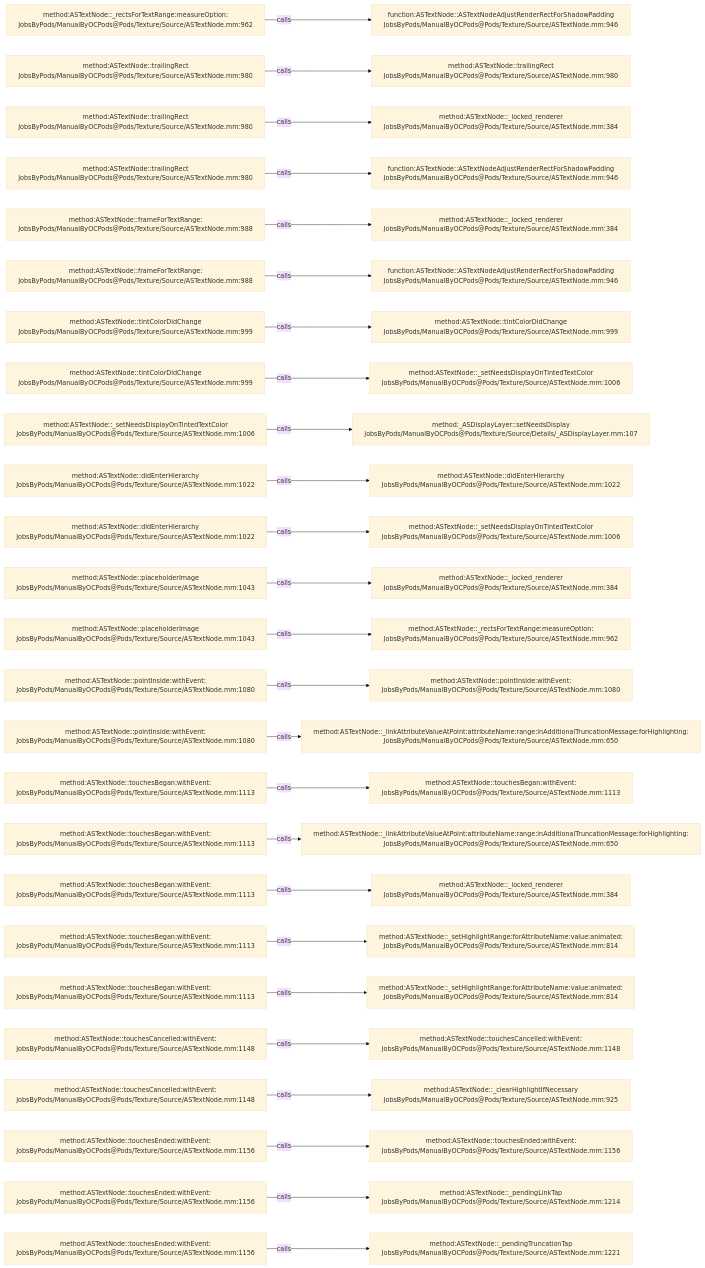
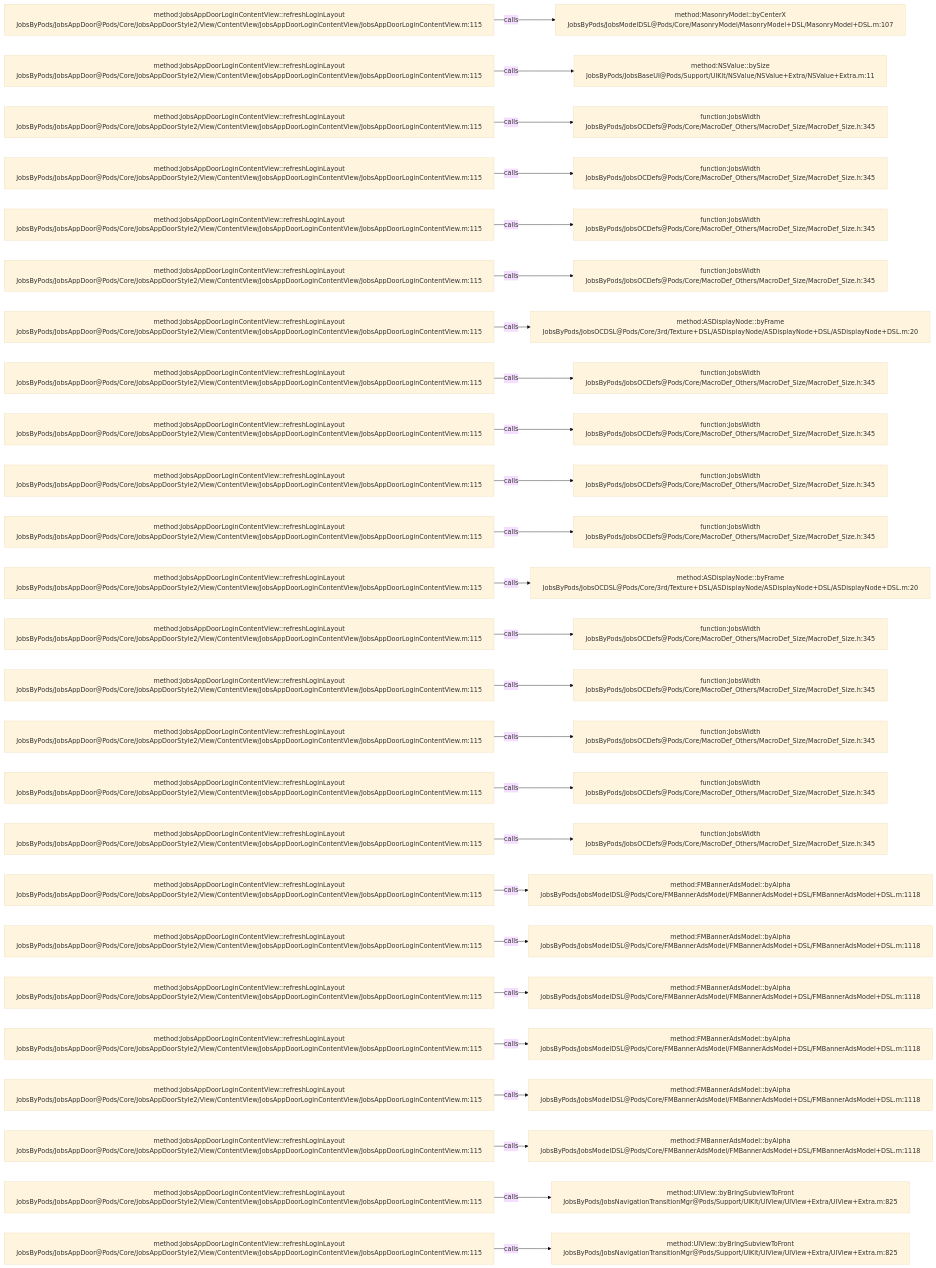
The diagram in .codegraph/codegraph.md/graphs/calls-121.md (JobsKits/JobsOCBaseConfigDemo), drawn with Mermaid (base theme) before and after one commit. The commit also changed 768 other files, not shown here.

````diff
--- a/.codegraph/codegraph.md/graphs/calls-121.md
+++ b/.codegraph/codegraph.md/graphs/calls-121.md
@@ -13,78 +13,78 @@
 ```mermaid
 flowchart LR
-  S1["method:ASTextNode::_rectsForTextRange:measureOption:<br/>JobsByPods/ManualByOCPods@Pods/Texture/Source/ASTextNode.mm:962"]
-  T1["function:ASTextNode::ASTextNodeAdjustRenderRectForShadowPadding<br/>JobsByPods/ManualByOCPods@Pods/Texture/Source/ASTextNode.mm:946"]
+  S1["method:JobsAppDoorLoginContentView::refreshLoginLayout<br/>JobsByPods/JobsAppDoor@Pods/Core/JobsAppDoorStyle2/View/ContentView/JobsAppDoorLoginContentView/JobsAppDoorLoginContentView.m:115"]
+  T1["method:MasonryModel::byCenterX<br/>JobsByPods/JobsModelDSL@Pods/Core/MasonryModel/MasonryModel+DSL/MasonryModel+DSL.m:107"]
   S1 -->|calls| T1
-  S2["method:ASTextNode::trailingRect<br/>JobsByPods/ManualByOCPods@Pods/Texture/Source/ASTextNode.mm:980"]
-  T2["method:ASTextNode::trailingRect<br/>JobsByPods/ManualByOCPods@Pods/Texture/Source/ASTextNode.mm:980"]
+  S2["method:JobsAppDoorLoginContentView::refreshLoginLayout<br/>JobsByPods/JobsAppDoor@Pods/Core/JobsAppDoorStyle2/View/ContentView/JobsAppDoorLoginContentView/JobsAppDoorLoginContentView.m:115"]
+  T2["method:NSValue::bySize<br/>JobsByPods/JobsBaseUI@Pods/Support/UIKit/NSValue/NSValue+Extra/NSValue+Extra.m:11"]
   S2 -->|calls| T2
-  S3["method:ASTextNode::trailingRect<br/>JobsByPods/ManualByOCPods@Pods/Texture/Source/ASTextNode.mm:980"]
-  T3["method:ASTextNode::_locked_renderer<br/>JobsByPods/ManualByOCPods@Pods/Texture/Source/ASTextNode.mm:384"]
+  S3["method:JobsAppDoorLoginContentView::refreshLoginLayout<br/>JobsByPods/JobsAppDoor@Pods/Core/JobsAppDoorStyle2/View/ContentView/JobsAppDoorLoginContentView/JobsAppDoorLoginContentView.m:115"]
+  T3["function:JobsWidth<br/>JobsByPods/JobsOCDefs@Pods/Core/MacroDef_Others/MacroDef_Size/MacroDef_Size.h:345"]
   S3 -->|calls| T3
-  S4["method:ASTextNode::trailingRect<br/>JobsByPods/ManualByOCPods@Pods/Texture/Source/ASTextNode.mm:980"]
-  T4["function:ASTextNode::ASTextNodeAdjustRenderRectForShadowPadding<br/>JobsByPods/ManualByOCPods@Pods/Texture/Source/ASTextNode.mm:946"]
+  S4["method:JobsAppDoorLoginContentView::refreshLoginLayout<br/>JobsByPods/JobsAppDoor@Pods/Core/JobsAppDoorStyle2/View/ContentView/JobsAppDoorLoginContentView/JobsAppDoorLoginContentView.m:115"]
+  T4["function:JobsWidth<br/>JobsByPods/JobsOCDefs@Pods/Core/MacroDef_Others/MacroDef_Size/MacroDef_Size.h:345"]
   S4 -->|calls| T4
-  S5["method:ASTextNode::frameForTextRange:<br/>JobsByPods/ManualByOCPods@Pods/Texture/Source/ASTextNode.mm:988"]
-  T5["method:ASTextNode::_locked_renderer<br/>JobsByPods/ManualByOCPods@Pods/Texture/Source/ASTextNode.mm:384"]
+  S5["method:JobsAppDoorLoginContentView::refreshLoginLayout<br/>JobsByPods/JobsAppDoor@Pods/Core/JobsAppDoorStyle2/View/ContentView/JobsAppDoorLoginContentView/JobsAppDoorLoginContentView.m:115"]
+  T5["function:JobsWidth<br/>JobsByPods/JobsOCDefs@Pods/Core/MacroDef_Others/MacroDef_Size/MacroDef_Size.h:345"]
   S5 -->|calls| T5
-  S6["method:ASTextNode::frameForTextRange:<br/>JobsByPods/ManualByOCPods@Pods/Texture/Source/ASTextNode.mm:988"]
-  T6["function:ASTextNode::ASTextNodeAdjustRenderRectForShadowPadding<br/>JobsByPods/ManualByOCPods@Pods/Texture/Source/ASTextNode.mm:946"]
+  S6["method:JobsAppDoorLoginContentView::refreshLoginLayout<br/>JobsByPods/JobsAppDoor@Pods/Core/JobsAppDoorStyle2/View/ContentView/JobsAppDoorLoginContentView/JobsAppDoorLoginContentView.m:115"]
+  T6["function:JobsWidth<br/>JobsByPods/JobsOCDefs@Pods/Core/MacroDef_Others/MacroDef_Size/MacroDef_Size.h:345"]
   S6 -->|calls| T6
-  S7["method:ASTextNode::tintColorDidChange<br/>JobsByPods/ManualByOCPods@Pods/Texture/Source/ASTextNode.mm:999"]
-  T7["method:ASTextNode::tintColorDidChange<br/>JobsByPods/ManualByOCPods@Pods/Texture/Source/ASTextNode.mm:999"]
+  S7["method:JobsAppDoorLoginContentView::refreshLoginLayout<br/>JobsByPods/JobsAppDoor@Pods/Core/JobsAppDoorStyle2/View/ContentView/JobsAppDoorLoginContentView/JobsAppDoorLoginContentView.m:115"]
+  T7["method:ASDisplayNode::byFrame<br/>JobsByPods/JobsOCDSL@Pods/Core/3rd/Texture+DSL/ASDisplayNode/ASDisplayNode+DSL/ASDisplayNode+DSL.m:20"]
   S7 -->|calls| T7
-  S8["method:ASTextNode::tintColorDidChange<br/>JobsByPods/ManualByOCPods@Pods/Texture/Source/ASTextNode.mm:999"]
-  T8["method:ASTextNode::_setNeedsDisplayOnTintedTextColor<br/>JobsByPods/ManualByOCPods@Pods/Texture/Source/ASTextNode.mm:1006"]
+  S8["method:JobsAppDoorLoginContentView::refreshLoginLayout<br/>JobsByPods/JobsAppDoor@Pods/Core/JobsAppDoorStyle2/View/ContentView/JobsAppDoorLoginContentView/JobsAppDoorLoginContentView.m:115"]
+  T8["function:JobsWidth<br/>JobsByPods/JobsOCDefs@Pods/Core/MacroDef_Others/MacroDef_Size/MacroDef_Size.h:345"]
   S8 -->|calls| T8
-  S9["method:ASTextNode::_setNeedsDisplayOnTintedTextColor<br/>JobsByPods/ManualByOCPods@Pods/Texture/Source/ASTextNode.mm:1006"]
-  T9["method:_ASDisplayLayer::setNeedsDisplay<br/>JobsByPods/ManualByOCPods@Pods/Texture/Source/Details/_ASDisplayLayer.mm:107"]
+  S9["method:JobsAppDoorLoginContentView::refreshLoginLayout<br/>JobsByPods/JobsAppDoor@Pods/Core/JobsAppDoorStyle2/View/ContentView/JobsAppDoorLoginContentView/JobsAppDoorLoginContentView.m:115"]
+  T9["function:JobsWidth<br/>JobsByPods/JobsOCDefs@Pods/Core/MacroDef_Others/MacroDef_Size/MacroDef_Size.h:345"]
   S9 -->|calls| T9
-  S10["method:ASTextNode::didEnterHierarchy<br/>JobsByPods/ManualByOCPods@Pods/Texture/Source/ASTextNode.mm:1022"]
-  T10["method:ASTextNode::didEnterHierarchy<br/>JobsByPods/ManualByOCPods@Pods/Texture/Source/ASTextNode.mm:1022"]
+  S10["method:JobsAppDoorLoginContentView::refreshLoginLayout<br/>JobsByPods/JobsAppDoor@Pods/Core/JobsAppDoorStyle2/View/ContentView/JobsAppDoorLoginContentView/JobsAppDoorLoginContentView.m:115"]
+  T10["function:JobsWidth<br/>JobsByPods/JobsOCDefs@Pods/Core/MacroDef_Others/MacroDef_Size/MacroDef_Size.h:345"]
   S10 -->|calls| T10
-  S11["method:ASTextNode::didEnterHierarchy<br/>JobsByPods/ManualByOCPods@Pods/Texture/Source/ASTextNode.mm:1022"]
-  T11["method:ASTextNode::_setNeedsDisplayOnTintedTextColor<br/>JobsByPods/ManualByOCPods@Pods/Texture/Source/ASTextNode.mm:1006"]
+  S11["method:JobsAppDoorLoginContentView::refreshLoginLayout<br/>JobsByPods/JobsAppDoor@Pods/Core/JobsAppDoorStyle2/View/ContentView/JobsAppDoorLoginContentView/JobsAppDoorLoginContentView.m:115"]
+  T11["function:JobsWidth<br/>JobsByPods/JobsOCDefs@Pods/Core/MacroDef_Others/MacroDef_Size/MacroDef_Size.h:345"]
   S11 -->|calls| T11
-  S12["method:ASTextNode::placeholderImage<br/>JobsByPods/ManualByOCPods@Pods/Texture/Source/ASTextNode.mm:1043"]
-  T12["method:ASTextNode::_locked_renderer<br/>JobsByPods/ManualByOCPods@Pods/Texture/Source/ASTextNode.mm:384"]
+  S12["method:JobsAppDoorLoginContentView::refreshLoginLayout<br/>JobsByPods/JobsAppDoor@Pods/Core/JobsAppDoorStyle2/View/ContentView/JobsAppDoorLoginContentView/JobsAppDoorLoginContentView.m:115"]
+  T12["method:ASDisplayNode::byFrame<br/>JobsByPods/JobsOCDSL@Pods/Core/3rd/Texture+DSL/ASDisplayNode/ASDisplayNode+DSL/ASDisplayNode+DSL.m:20"]
   S12 -->|calls| T12
-  S13["method:ASTextNode::placeholderImage<br/>JobsByPods/ManualByOCPods@Pods/Texture/Source/ASTextNode.mm:1043"]
-  T13["method:ASTextNode::_rectsForTextRange:measureOption:<br/>JobsByPods/ManualByOCPods@Pods/Texture/Source/ASTextNode.mm:962"]
+  S13["method:JobsAppDoorLoginContentView::refreshLoginLayout<br/>JobsByPods/JobsAppDoor@Pods/Core/JobsAppDoorStyle2/View/ContentView/JobsAppDoorLoginContentView/JobsAppDoorLoginContentView.m:115"]
+  T13["function:JobsWidth<br/>JobsByPods/JobsOCDefs@Pods/Core/MacroDef_Others/MacroDef_Size/MacroDef_Size.h:345"]
   S13 -->|calls| T13
-  S14["method:ASTextNode::pointInside:withEvent:<br/>JobsByPods/ManualByOCPods@Pods/Texture/Source/ASTextNode.mm:1080"]
-  T14["method:ASTextNode::pointInside:withEvent:<br/>JobsByPods/ManualByOCPods@Pods/Texture/Source/ASTextNode.mm:1080"]
+  S14["method:JobsAppDoorLoginContentView::refreshLoginLayout<br/>JobsByPods/JobsAppDoor@Pods/Core/JobsAppDoorStyle2/View/ContentView/JobsAppDoorLoginContentView/JobsAppDoorLoginContentView.m:115"]
+  T14["function:JobsWidth<br/>JobsByPods/JobsOCDefs@Pods/Core/MacroDef_Others/MacroDef_Size/MacroDef_Size.h:345"]
   S14 -->|calls| T14
-  S15["method:ASTextNode::pointInside:withEvent:<br/>JobsByPods/ManualByOCPods@Pods/Texture/Source/ASTextNode.mm:1080"]
-  T15["method:ASTextNode::_linkAttributeValueAtPoint:attributeName:range:inAdditionalTruncationMessage:forHighlighting:<br/>JobsByPods/ManualByOCPods@Pods/Texture/Source/ASTextNode.mm:650"]
+  S15["method:JobsAppDoorLoginContentView::refreshLoginLayout<br/>JobsByPods/JobsAppDoor@Pods/Core/JobsAppDoorStyle2/View/ContentView/JobsAppDoorLoginContentView/JobsAppDoorLoginContentView.m:115"]
+  T15["function:JobsWidth<br/>JobsByPods/JobsOCDefs@Pods/Core/MacroDef_Others/MacroDef_Size/MacroDef_Size.h:345"]
   S15 -->|calls| T15
-  S16["method:ASTextNode::touchesBegan:withEvent:<br/>JobsByPods/ManualByOCPods@Pods/Texture/Source/ASTextNode.mm:1113"]
-  T16["method:ASTextNode::touchesBegan:withEvent:<br/>JobsByPods/ManualByOCPods@Pods/Texture/Source/ASTextNode.mm:1113"]
+  S16["method:JobsAppDoorLoginContentView::refreshLoginLayout<br/>JobsByPods/JobsAppDoor@Pods/Core/JobsAppDoorStyle2/View/ContentView/JobsAppDoorLoginContentView/JobsAppDoorLoginContentView.m:115"]
+  T16["function:JobsWidth<br/>JobsByPods/JobsOCDefs@Pods/Core/MacroDef_Others/MacroDef_Size/MacroDef_Size.h:345"]
   S16 -->|calls| T16
-  S17["method:ASTextNode::touchesBegan:withEvent:<br/>JobsByPods/ManualByOCPods@Pods/Texture/Source/ASTextNode.mm:1113"]
-  T17["method:ASTextNode::_linkAttributeValueAtPoint:attributeName:range:inAdditionalTruncationMessage:forHighlighting:<br/>JobsByPods/ManualByOCPods@Pods/Texture/Source/ASTextNode.mm:650"]
+  S17["method:JobsAppDoorLoginContentView::refreshLoginLayout<br/>JobsByPods/JobsAppDoor@Pods/Core/JobsAppDoorStyle2/View/ContentView/JobsAppDoorLoginContentView/JobsAppDoorLoginContentView.m:115"]
+  T17["function:JobsWidth<br/>JobsByPods/JobsOCDefs@Pods/Core/MacroDef_Others/MacroDef_Size/MacroDef_Size.h:345"]
   S17 -->|calls| T17
-  S18["method:ASTextNode::touchesBegan:withEvent:<br/>JobsByPods/ManualByOCPods@Pods/Texture/Source/ASTextNode.mm:1113"]
-  T18["method:ASTextNode::_locked_renderer<br/>JobsByPods/ManualByOCPods@Pods/Texture/Source/ASTextNode.mm:384"]
+  S18["method:JobsAppDoorLoginContentView::refreshLoginLayout<br/>JobsByPods/JobsAppDoor@Pods/Core/JobsAppDoorStyle2/View/ContentView/JobsAppDoorLoginContentView/JobsAppDoorLoginContentView.m:115"]
+  T18["method:FMBannerAdsModel::byAlpha<br/>JobsByPods/JobsModelDSL@Pods/Core/FMBannerAdsModel/FMBannerAdsModel+DSL/FMBannerAdsModel+DSL.m:1118"]
   S18 -->|calls| T18
-  S19["method:ASTextNode::touchesBegan:withEvent:<br/>JobsByPods/ManualByOCPods@Pods/Texture/Source/ASTextNode.mm:1113"]
-  T19["method:ASTextNode::_setHighlightRange:forAttributeName:value:animated:<br/>JobsByPods/ManualByOCPods@Pods/Texture/Source/ASTextNode.mm:814"]
+  S19["method:JobsAppDoorLoginContentView::refreshLoginLayout<br/>JobsByPods/JobsAppDoor@Pods/Core/JobsAppDoorStyle2/View/ContentView/JobsAppDoorLoginContentView/JobsAppDoorLoginContentView.m:115"]
+  T19["method:FMBannerAdsModel::byAlpha<br/>JobsByPods/JobsModelDSL@Pods/Core/FMBannerAdsModel/FMBannerAdsModel+DSL/FMBannerAdsModel+DSL.m:1118"]
   S19 -->|calls| T19
-  S20["method:ASTextNode::touchesBegan:withEvent:<br/>JobsByPods/ManualByOCPods@Pods/Texture/Source/ASTextNode.mm:1113"]
-  T20["method:ASTextNode::_setHighlightRange:forAttributeName:value:animated:<br/>JobsByPods/ManualByOCPods@Pods/Texture/Source/ASTextNode.mm:814"]
+  S20["method:JobsAppDoorLoginContentView::refreshLoginLayout<br/>JobsByPods/JobsAppDoor@Pods/Core/JobsAppDoorStyle2/View/ContentView/JobsAppDoorLoginContentView/JobsAppDoorLoginContentView.m:115"]
+  T20["method:FMBannerAdsModel::byAlpha<br/>JobsByPods/JobsModelDSL@Pods/Core/FMBannerAdsModel/FMBannerAdsModel+DSL/FMBannerAdsModel+DSL.m:1118"]
   S20 -->|calls| T20
-  S21["method:ASTextNode::touchesCancelled:withEvent:<br/>JobsByPods/ManualByOCPods@Pods/Texture/Source/ASTextNode.mm:1148"]
-  T21["method:ASTextNode::touchesCancelled:withEvent:<br/>JobsByPods/ManualByOCPods@Pods/Texture/Source/ASTextNode.mm:1148"]
+  S21["method:JobsAppDoorLoginContentView::refreshLoginLayout<br/>JobsByPods/JobsAppDoor@Pods/Core/JobsAppDoorStyle2/View/ContentView/JobsAppDoorLoginContentView/JobsAppDoorLoginContentView.m:115"]
+  T21["method:FMBannerAdsModel::byAlpha<br/>JobsByPods/JobsModelDSL@Pods/Core/FMBannerAdsModel/FMBannerAdsModel+DSL/FMBannerAdsModel+DSL.m:1118"]
   S21 -->|calls| T21
-  S22["method:ASTextNode::touchesCancelled:withEvent:<br/>JobsByPods/ManualByOCPods@Pods/Texture/Source/ASTextNode.mm:1148"]
-  T22["method:ASTextNode::_clearHighlightIfNecessary<br/>JobsByPods/ManualByOCPods@Pods/Texture/Source/ASTextNode.mm:925"]
+  S22["method:JobsAppDoorLoginContentView::refreshLoginLayout<br/>JobsByPods/JobsAppDoor@Pods/Core/JobsAppDoorStyle2/View/ContentView/JobsAppDoorLoginContentView/JobsAppDoorLoginContentView.m:115"]
+  T22["method:FMBannerAdsModel::byAlpha<br/>JobsByPods/JobsModelDSL@Pods/Core/FMBannerAdsModel/FMBannerAdsModel+DSL/FMBannerAdsModel+DSL.m:1118"]
   S22 -->|calls| T22
-  S23["method:ASTextNode::touchesEnded:withEvent:<br/>JobsByPods/ManualByOCPods@Pods/Texture/Source/ASTextNode.mm:1156"]
-  T23["method:ASTextNode::touchesEnded:withEvent:<br/>JobsByPods/ManualByOCPods@Pods/Texture/Source/ASTextNode.mm:1156"]
+  S23["method:JobsAppDoorLoginContentView::refreshLoginLayout<br/>JobsByPods/JobsAppDoor@Pods/Core/JobsAppDoorStyle2/View/ContentView/JobsAppDoorLoginContentView/JobsAppDoorLoginContentView.m:115"]
+  T23["method:FMBannerAdsModel::byAlpha<br/>JobsByPods/JobsModelDSL@Pods/Core/FMBannerAdsModel/FMBannerAdsModel+DSL/FMBannerAdsModel+DSL.m:1118"]
   S23 -->|calls| T23
-  S24["method:ASTextNode::touchesEnded:withEvent:<br/>JobsByPods/ManualByOCPods@Pods/Texture/Source/ASTextNode.mm:1156"]
-  T24["method:ASTextNode::_pendingLinkTap<br/>JobsByPods/ManualByOCPods@Pods/Texture/Source/ASTextNode.mm:1214"]
+  S24["method:JobsAppDoorLoginContentView::refreshLoginLayout<br/>JobsByPods/JobsAppDoor@Pods/Core/JobsAppDoorStyle2/View/ContentView/JobsAppDoorLoginContentView/JobsAppDoorLoginContentView.m:115"]
+  T24["method:UIView::byBringSubviewToFront<br/>JobsByPods/JobsNavigationTransitionMgr@Pods/Support/UIKit/UIView/UIView+Extra/UIView+Extra.m:825"]
   S24 -->|calls| T24
-  S25["method:ASTextNode::touchesEnded:withEvent:<br/>JobsByPods/ManualByOCPods@Pods/Texture/Source/ASTextNode.mm:1156"]
-  T25["method:ASTextNode::_pendingTruncationTap<br/>JobsByPods/ManualByOCPods@Pods/Texture/Source/ASTextNode.mm:1221"]
+  S25["method:JobsAppDoorLoginContentView::refreshLoginLayout<br/>JobsByPods/JobsAppDoor@Pods/Core/JobsAppDoorStyle2/View/ContentView/JobsAppDoorLoginContentView/JobsAppDoorLoginContentView.m:115"]
+  T25["method:UIView::byBringSubviewToFront<br/>JobsByPods/JobsNavigationTransitionMgr@Pods/Support/UIKit/UIView/UIView+Extra/UIView+Extra.m:825"]
   S25 -->|calls| T25
 ```
````
